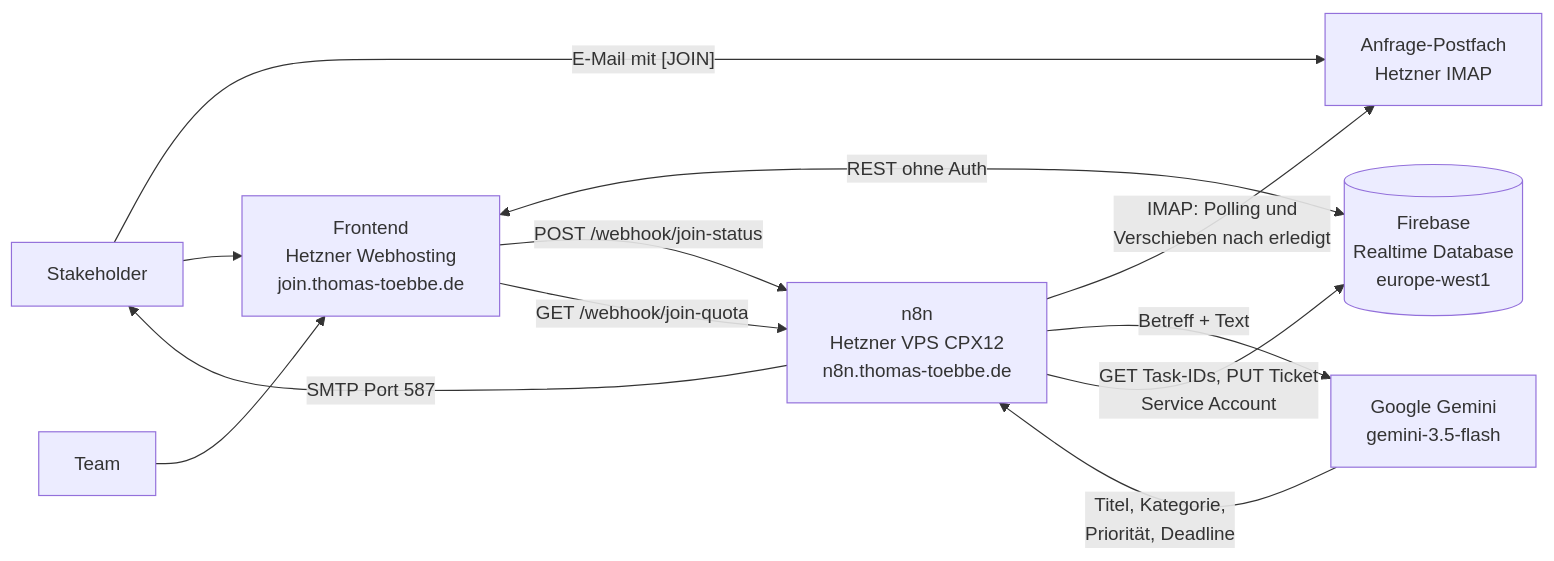
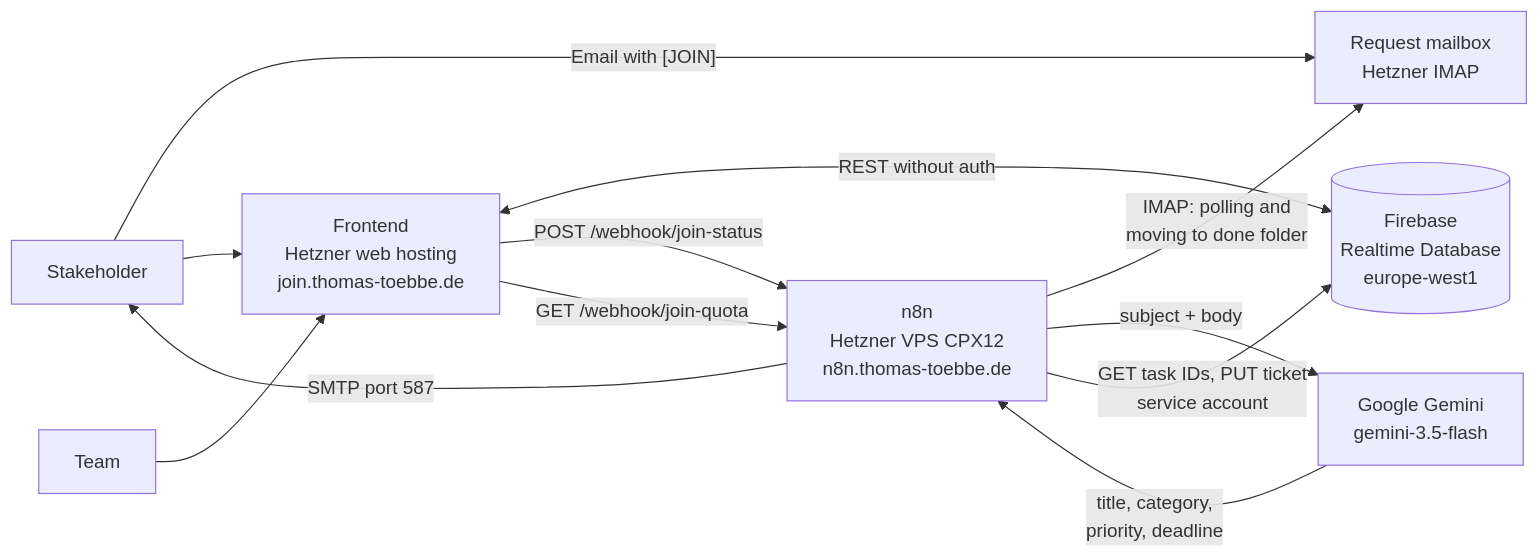
The first of 2 diagrams in README.md (ttoebbe/039_JoinIssueCollector), drawn with Mermaid before and after one commit. The commit also changed other lines of this file, not shown here.

````diff
--- a/README.md
+++ b/README.md
@@ -67,22 +66,22 @@
 ```mermaid
 flowchart LR
     SH["Stakeholder"]
-    MB["Anfrage-Postfach<br/>Hetzner IMAP"]
+    MB["Request mailbox<br/>Hetzner IMAP"]
     N8N["n8n<br/>Hetzner VPS CPX12<br/>n8n.thomas-toebbe.de"]
     GEM["Google Gemini<br/>gemini-3.5-flash"]
     FB[("Firebase<br/>Realtime Database<br/>europe-west1")]
-    FE["Frontend<br/>Hetzner Webhosting<br/>join.thomas-toebbe.de"]
+    FE["Frontend<br/>Hetzner web hosting<br/>join.thomas-toebbe.de"]
     TM["Team"]
 
-    SH -->|"E-Mail mit [JOIN]"| MB
+    SH -->|"Email with [JOIN]"| MB
     SH --> FE
     TM --> FE
-    N8N -->|"IMAP: Polling und<br/>Verschieben nach erledigt"| MB
-    N8N -->|"Betreff + Text"| GEM
-    GEM -->|"Titel, Kategorie,<br/>Priorität, Deadline"| N8N
-    N8N -->|"GET Task-IDs, PUT Ticket<br/>Service Account"| FB
-    N8N -->|"SMTP Port 587"| SH
-    FE <-->|"REST ohne Auth"| FB
+    N8N -->|"IMAP: polling and<br/>moving to done folder"| MB
+    N8N -->|"subject + body"| GEM
+    GEM -->|"title, category,<br/>priority, deadline"| N8N
+    N8N -->|"GET task IDs, PUT ticket<br/>service account"| FB
+    N8N -->|"SMTP port 587"| SH
+    FE <-->|"REST without auth"| FB
     FE -->|"POST /webhook/join-status"| N8N
     FE -->|"GET /webhook/join-quota"| N8N
 ```
````
